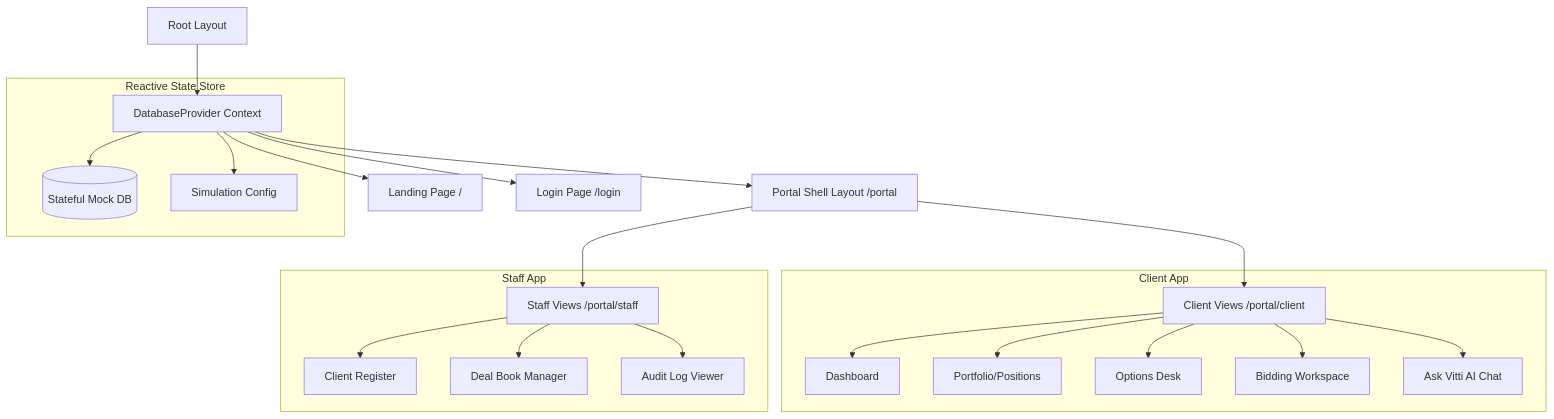
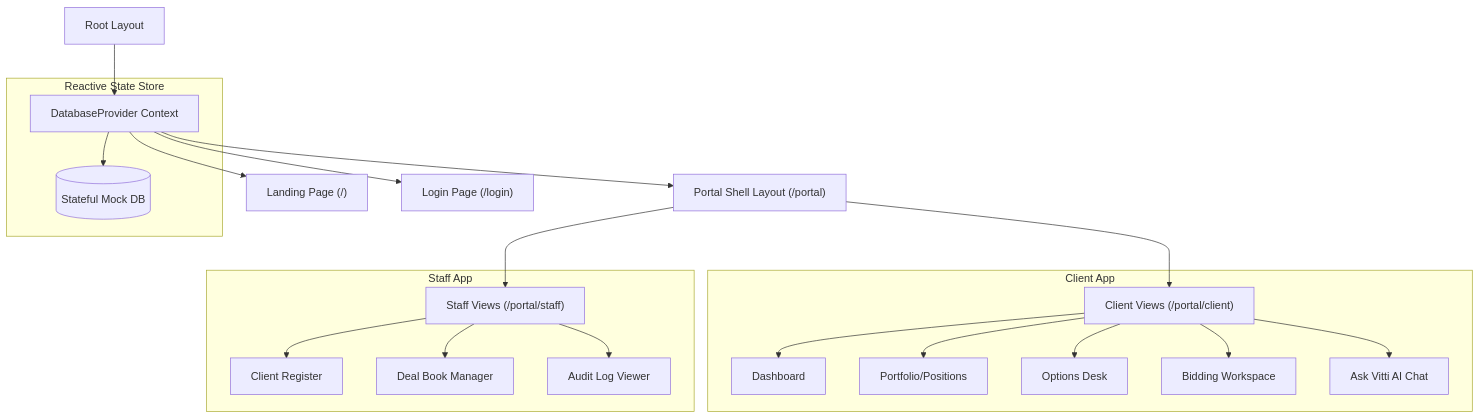
One commit to Vitti-Capital-Tech/client-dashboard changed the diagram in docs/HLD.md. Above: the diagram before and after it, drawn with Mermaid.

Commit message:
Fix Mermaid chart syntax in HLD.md and remove obsolete emulator node

````diff
--- a/docs/HLD.md
+++ b/docs/HLD.md
@@ -15,28 +15,27 @@
 ```mermaid
 graph TD
-    A[Root Layout] --> B[DatabaseProvider Context]
-    B --> C[Landing Page /]
-    B --> D[Login Page /login]
-    B --> E[Portal Shell Layout /portal]
-    E --> F[Client Views /portal/client]
-    E --> G[Staff Views /portal/staff]
+    A["Root Layout"] --> B["DatabaseProvider Context"]
+    B --> C["Landing Page (/)"]
+    B --> D["Login Page (/login)"]
+    B --> E["Portal Shell Layout (/portal)"]
+    E --> F["Client Views (/portal/client)"]
+    E --> G["Staff Views (/portal/staff)"]
     
     subgraph Reactive State Store
-        B --> DB[(Stateful Mock DB)]
-        B --> DevTool[Simulation Config]
+        B --> DB[("Stateful Mock DB")]
     end
     
     subgraph Client App
-        F --> F1[Dashboard]
-        F --> F2[Portfolio/Positions]
-        F --> F3[Options Desk]
-        F --> F4[Bidding Workspace]
-        F --> F5[Ask Vitti AI Chat]
+        F --> F1["Dashboard"]
+        F --> F2["Portfolio/Positions"]
+        F --> F3["Options Desk"]
+        F --> F4["Bidding Workspace"]
+        F --> F5["Ask Vitti AI Chat"]
     end
     
     subgraph Staff App
-        G --> G1[Client Register]
-        G --> G2[Deal Book Manager]
-        G --> G3[Audit Log Viewer]
+        G --> G1["Client Register"]
+        G --> G2["Deal Book Manager"]
+        G --> G3["Audit Log Viewer"]
     end
 ```
````
